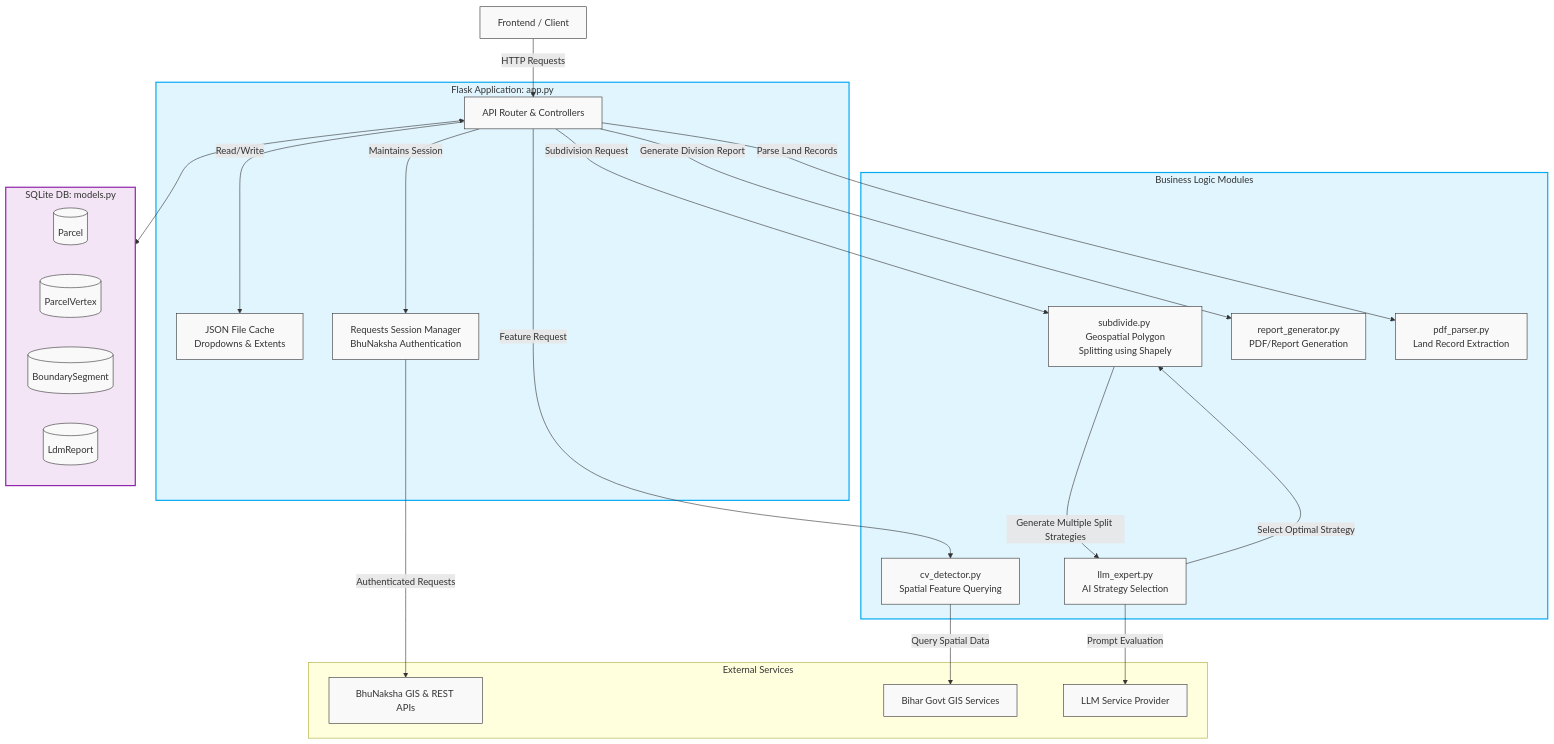
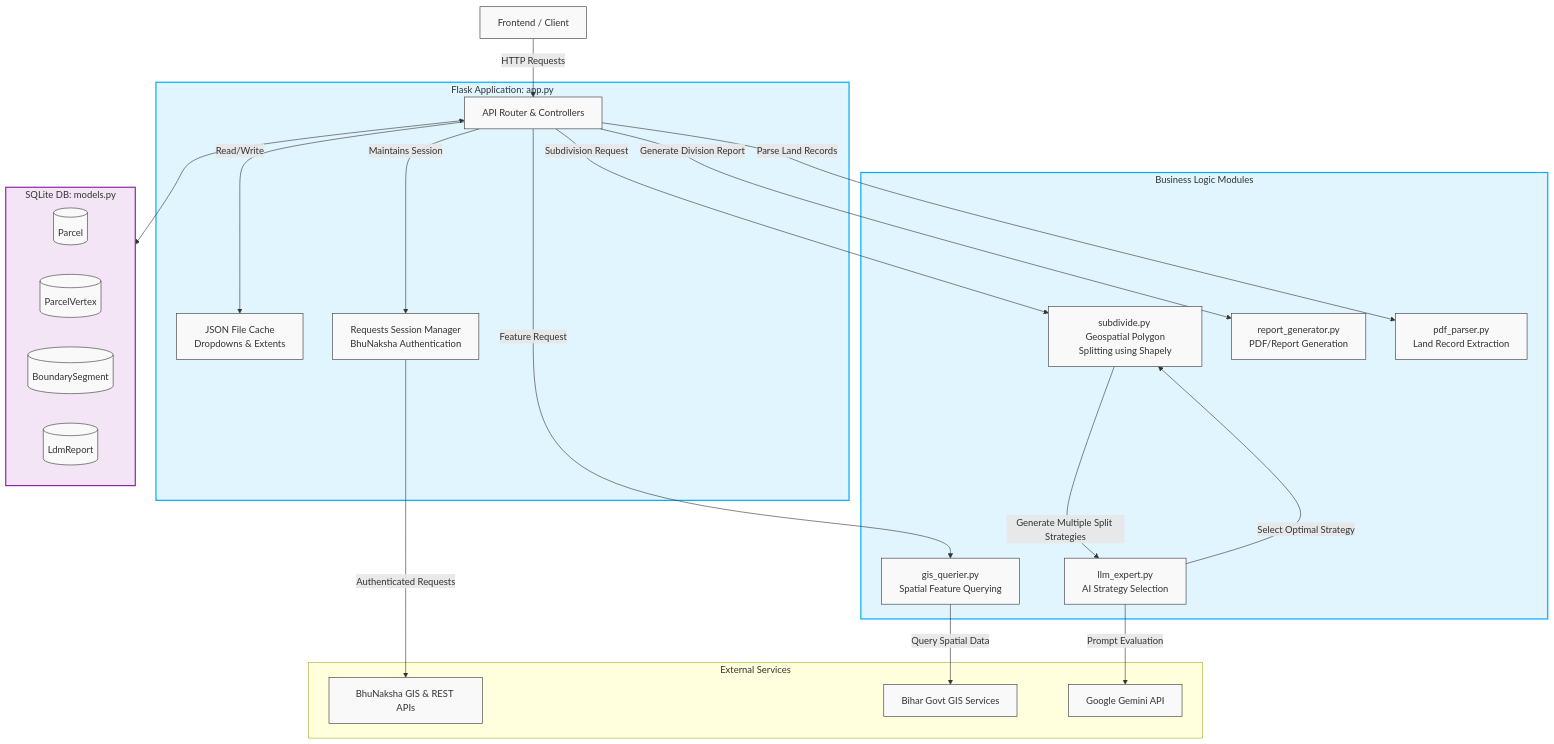
The diagram in backend_architecture.md (GladwinDaniel/fmb_bihar_using_gemini_api), drawn with Mermaid before and after one commit. The commit also changed other lines of this file and 19 other files, not shown here.

````diff
--- a/backend_architecture.md
+++ b/backend_architecture.md
@@ -7,67 +7,67 @@
 ```mermaid
 graph TD
     %% Client / Gateway
     Client[Frontend / Client]
     
     %% Flask API Gateway
     subgraph FlaskApp [Flask Application: app.py]
         Router[API Router & Controllers]
         Cache[JSON File Cache <br> Dropdowns & Extents]
         SessionManager[Requests Session Manager <br> BhuNaksha Authentication]
     end
 
     %% Core Modules
     subgraph Modules [Business Logic Modules]
         Subdivide[subdivide.py <br> Geospatial Polygon Splitting using Shapely]
         LLM[llm_expert.py <br> AI Strategy Selection]
         Report[report_generator.py <br> PDF/Report Generation]
-        CVDetector[cv_detector.py <br> Spatial Feature Querying]
+        GISQuerier[gis_querier.py <br> Spatial Feature Querying]
         PDFParser[pdf_parser.py <br> Land Record Extraction]
     end
 
     %% Database Models
     subgraph Database [SQLite DB: models.py]
         Parcel[(Parcel)]
         ParcelVertex[(ParcelVertex)]
         BoundarySegment[(BoundarySegment)]
         LdmReport[(LdmReport)]
     end
 
     %% External Services
     subgraph External [External Services]
         BhuNaksha[BhuNaksha GIS & REST APIs]
         BiharGIS[Bihar Govt GIS Services]
-        LLMService[LLM Service Provider]
+        LLMService[Google Gemini API]
     end
 
     %% Connections
     Client -->|HTTP Requests| Router
     
     %% Flask App Internal
     Router -->|Read/Write| Cache
     Router -->|Maintains Session| SessionManager
     SessionManager -->|Authenticated Requests| BhuNaksha
     
     %% DB Interaction
     Router <--> Database
     
     %% Module Interaction
-    Router -->|Feature Request| CVDetector
-    CVDetector -->|Query Spatial Data| BiharGIS
+    Router -->|Feature Request| GISQuerier
+    GISQuerier -->|Query Spatial Data| BiharGIS
     
     Router -->|Parse Land Records| PDFParser
     
     Router -->|Subdivision Request| Subdivide
     Subdivide -->|Generate Multiple Split Strategies| LLM
     LLM -->|Prompt Evaluation| LLMService
     LLM -->|Select Optimal Strategy| Subdivide
     
     Router -->|Generate Division Report| Report
 
     classDef default fill:#f9f9f9,stroke:#333,stroke-width:1px;
     classDef highlight fill:#e1f5fe,stroke:#03a9f4,stroke-width:2px;
     classDef db fill:#f3e5f5,stroke:#8e24aa,stroke-width:2px;
     
     class FlaskApp,Modules highlight;
     class Database db;
 ```
````
